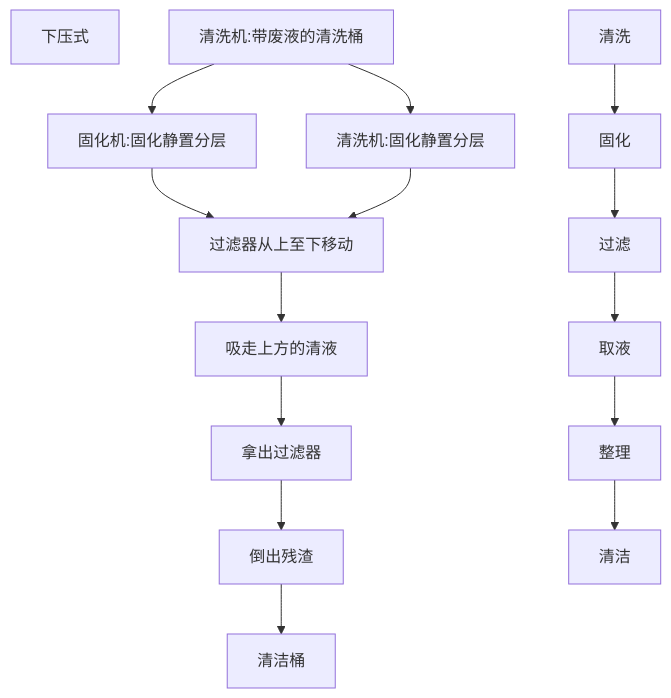
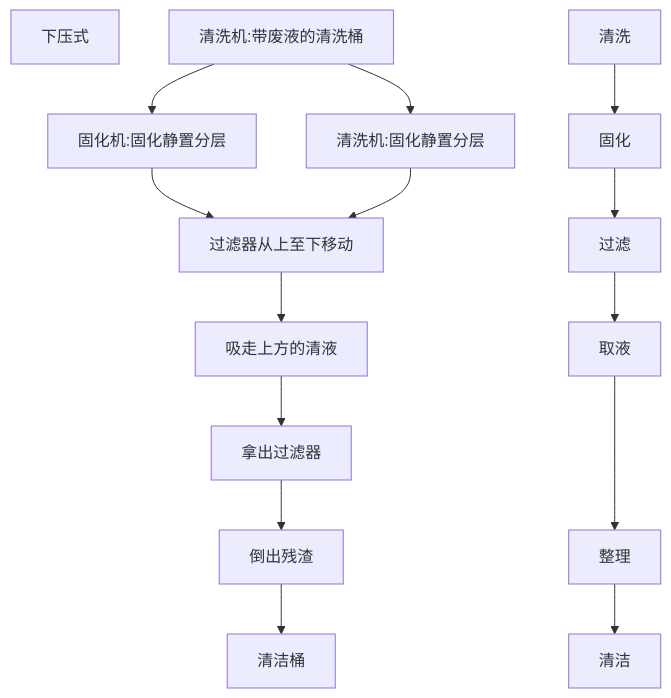
The first of 3 diagrams in 95%酒精紫外固化.md (georglein123/Notiz), drawn with Mermaid before and after one commit. The commit also changed other lines of this file, not shown here.

````diff
--- a/95%酒精紫外固化.md
+++ b/95%酒精紫外固化.md
@@ -3,9 +5,9 @@
 ```mermaid
 graph TD;
 	下压式;
 	清洗机:带废液的清洗桶-->固化机:固化静置分层-->过滤器从上至下移动-->吸走上方的清液-->拿出过滤器-->倒出残渣-->清洁桶;
 	清洗机:带废液的清洗桶-->清洗机:固化静置分层-->过滤器从上至下移动;
 	
-	清洗-->固化-->过滤-->取液-->整理-->清洁
+	清洗-->固化-->过滤-->取液--->整理-->清洁
 	
 ```
````
